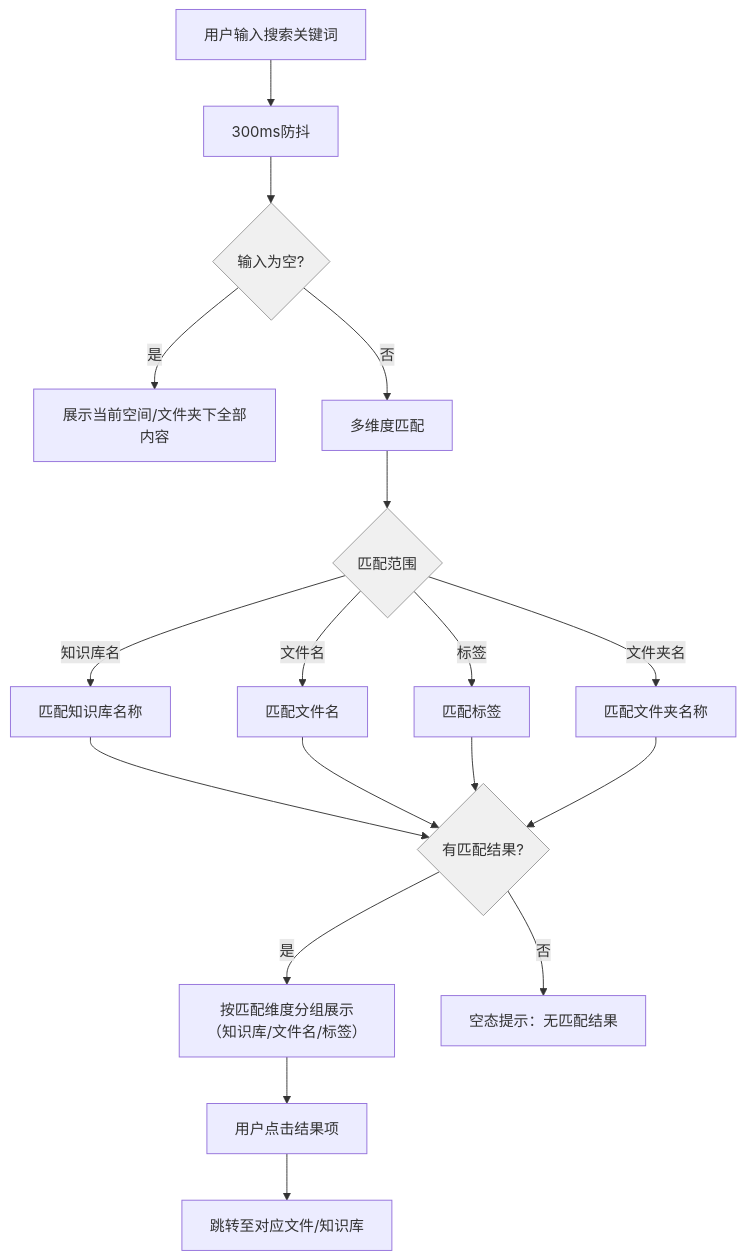
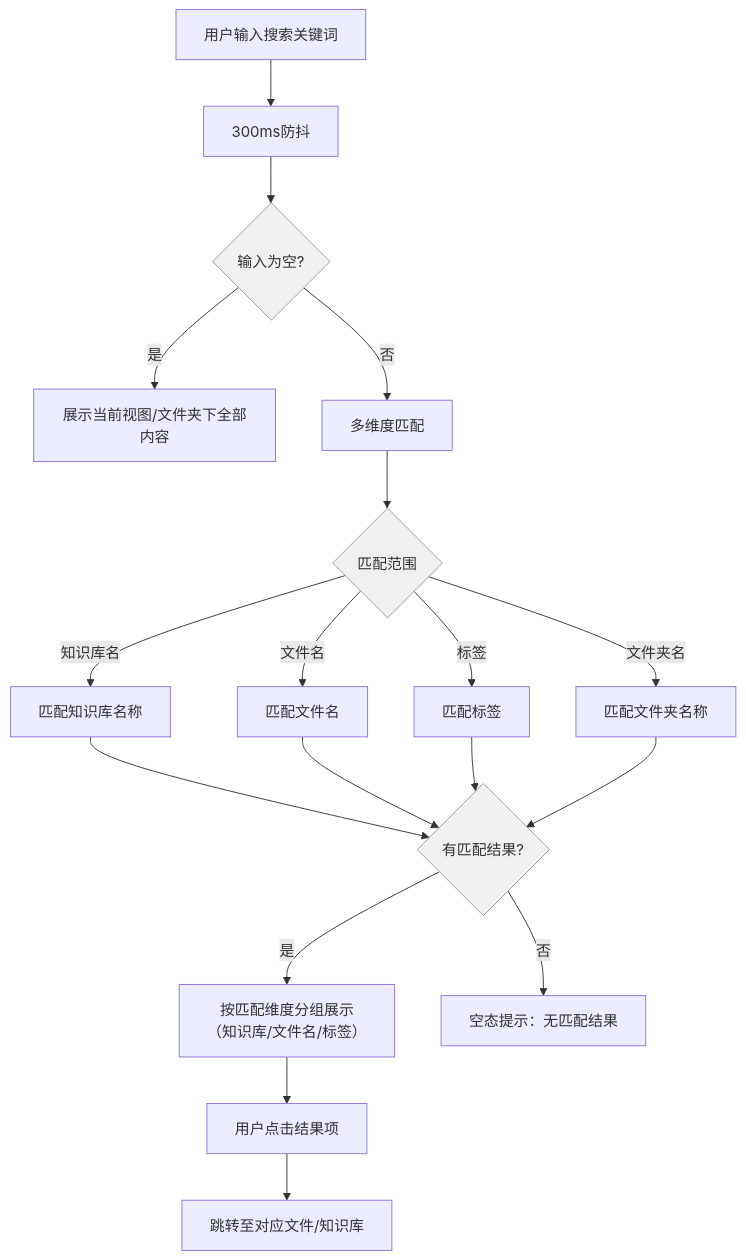
One commit to fri555/PORTL changed the tenth of 14 diagrams in docs/需求文档/20260703-【PRD】AI工作台-知识中心-天马智擎项目.md. Above: the diagram before and after it, drawn with Mermaid. The commit also changed other lines of this file and 26 other files, not shown here.

````diff
--- a/docs/需求文档/20260703-【PRD】AI工作台-知识中心-天马智擎项目.md
+++ b/docs/需求文档/20260703-【PRD】AI工作台-知识中心-天马智擎项目.md
@@ -1305,27 +1328,27 @@
 ```mermaid
 flowchart TD
     A["用户输入搜索关键词"] --> B["300ms防抖"]
     B --> C{"输入为空?"}
-    C -->|"是"| D["展示当前空间/文件夹下全部内容"]
+    C -->|"是"| D["展示当前视图/文件夹下全部内容"]
     C -->|"否"| E["多维度匹配"]
 
     E --> F{"匹配范围"}
     F -->|"知识库名"| G["匹配知识库名称"]
     F -->|"文件名"| H["匹配文件名"]
     F -->|"标签"| I["匹配标签"]
     F -->|"文件夹名"| J["匹配文件夹名称"]
 
     G --> K{"有匹配结果?"}
     H --> K
     I --> K
     J --> K
     K -->|"是"| L["按匹配维度分组展示<br/>（知识库/文件名/标签）"]
     K -->|"否"| M["空态提示：无匹配结果"]
     L --> N["用户点击结果项"]
     N --> O["跳转至对应文件/知识库"]
 
     style C fill:#f0f0f0,stroke:#999
     style F fill:#f0f0f0,stroke:#999
     style K fill:#f0f0f0,stroke:#999
 
 ```
````
